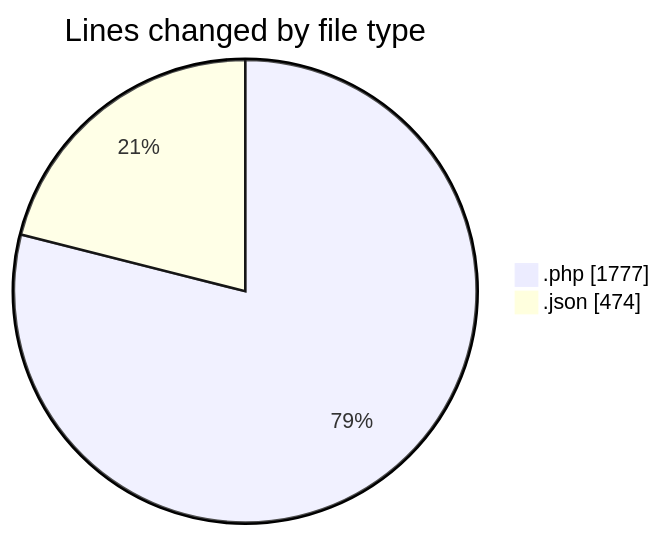
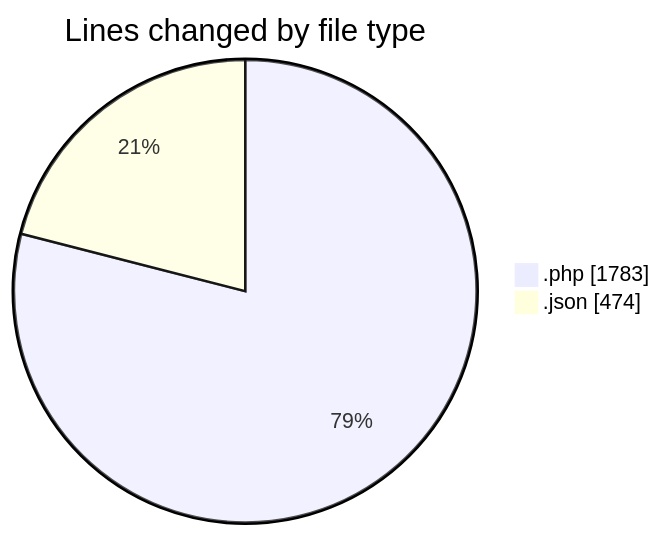
One commit to idhammustaqopulfikri/code-tracking changed the first of 2 diagrams in 2025-06-22/studio-backend/README.md. Above: the diagram before and after it, drawn with Mermaid. The commit also changed other lines of this file and 1 other file, not shown here.

````diff
--- a/2025-06-22/studio-backend/README.md
+++ b/2025-06-22/studio-backend/README.md
@@ -28,6 +28,6 @@
 ```mermaid
 pie showData
 title Lines changed by file type
-".php" : 1777
+".php" : 1783
 ".json" : 474
 ```
````
